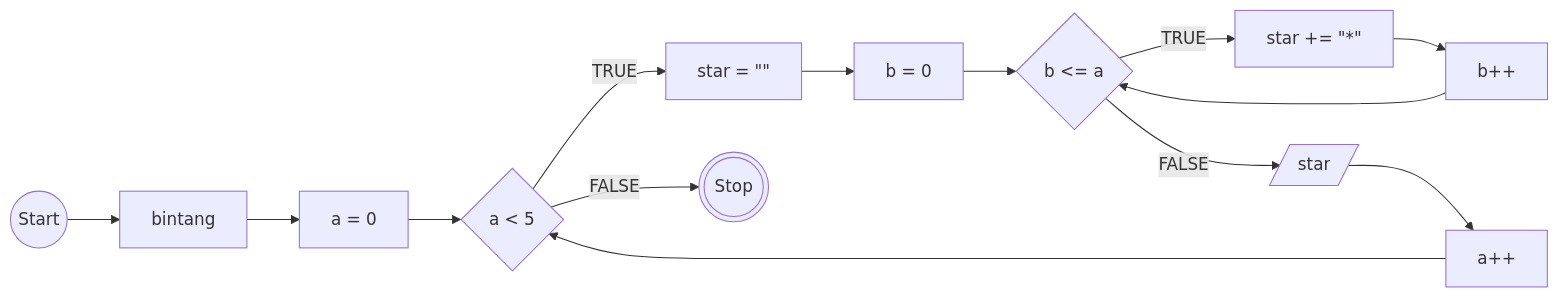
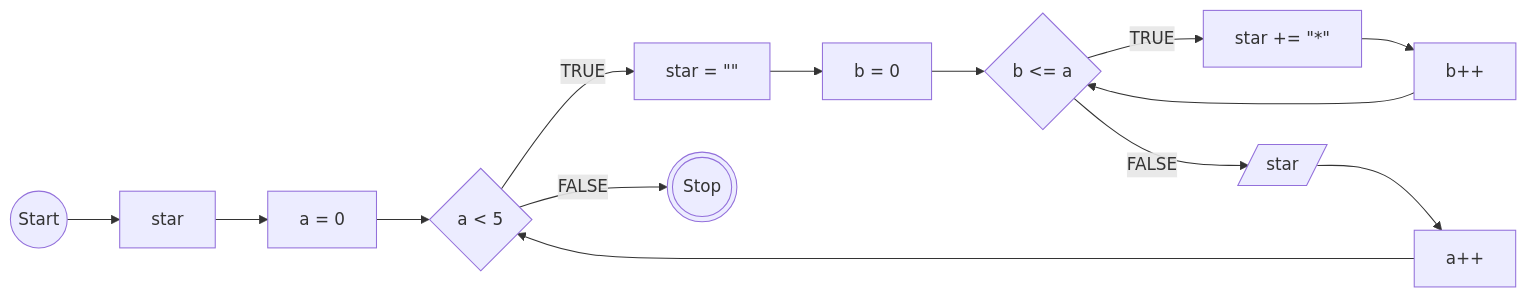
Before and after one commit to ktsrqsdev/koda-b10-javascript3: the second of 2 diagrams in README.md, drawn with Mermaid.

Commit message:
Update label from 'bintang' to 'star' in flowchart

````diff
--- a/README.md
+++ b/README.md
@@ -42,31 +42,31 @@
 ```mermaid
     flowchart LR
     A@{ shape: circle, label: "Start" }
-    B@{ shape: rect, label: "bintang" }
+    B@{ shape: rect, label: "star" }
 
     C@{ shape: rect, label: "a = 0" }
     D@{ shape: diamond, label: "a < 5" }
     E@{ shape: rect, label: "star = #quot;#quot;" }
 
     F@{ shape: rect, label: "b = 0" }
     G@{ shape: diamond, label: "b <= a" }
     H@{ shape: rect, label: "star += #quot;*#quot;" }
     I@{ shape: rect, label: "b++" }
     J@{ shape: rect, label: "a++" }
     K@{ shape: lean-r, label: "star" }
     L@{ shape: dbl-circ, label: "Stop" }
 
     A --> B
     B --> C
     C --> D
     D --TRUE--> E
     E --> F
     F --> G
     G --TRUE--> H
     H --> I
     I --> G
     G --FALSE--> K
     K --> J
     J --> D
     D --FALSE--> L
 ```
````
